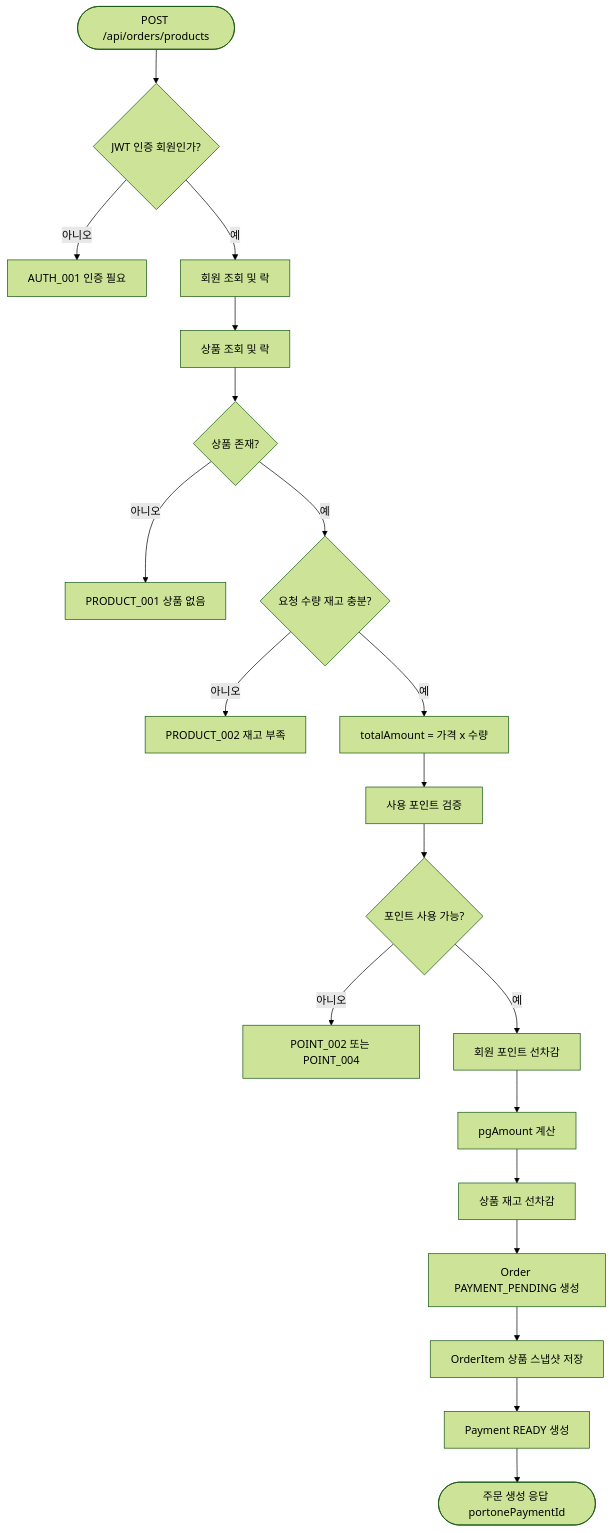
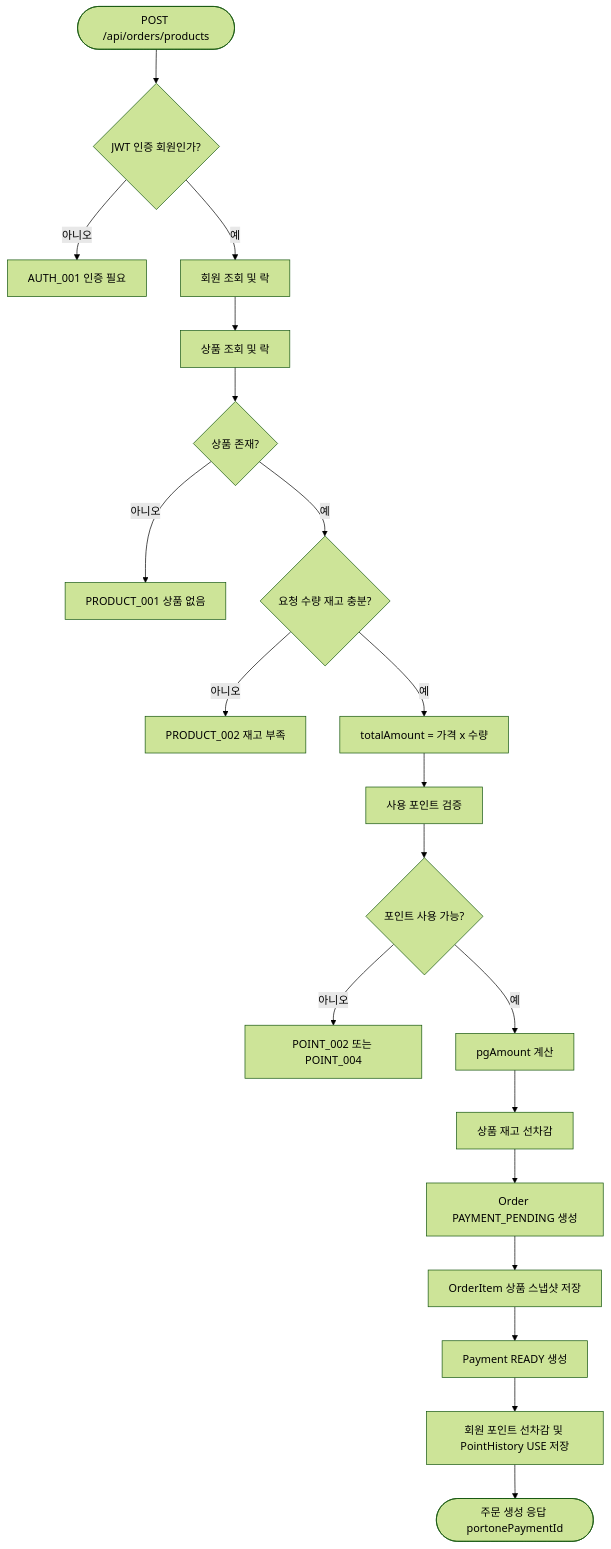
The fifth of 14 diagrams in docs/MERMAID_FLOW.md (hyeonseung-dev/payment-system), drawn with Mermaid (forest theme) before and after one commit. The commit also changed other lines of this file and 2 other files, not shown here.

Commit message:
feat : 통합테스트 구현 및 md 수정

````diff
--- a/docs/MERMAID_FLOW.md
+++ b/docs/MERMAID_FLOW.md
@@ -163,22 +163,22 @@
 ```mermaid
 flowchart TD
     A([POST /api/orders/products]) --> B{JWT 인증 회원인가?}
     B -->|아니오| B1[AUTH_001 인증 필요]
     B -->|예| C[회원 조회 및 락]
     C --> D[상품 조회 및 락]
     D --> E{상품 존재?}
     E -->|아니오| E1[PRODUCT_001 상품 없음]
     E -->|예| F{요청 수량 재고 충분?}
     F -->|아니오| F1[PRODUCT_002 재고 부족]
     F -->|예| G[totalAmount = 가격 x 수량]
     G --> H[사용 포인트 검증]
     H --> I{포인트 사용 가능?}
     I -->|아니오| I1[POINT_002 또는 POINT_004]
-    I -->|예| J[회원 포인트 선차감]
-    J --> K[pgAmount 계산]
-    K --> L[상품 재고 선차감]
-    L --> M[Order PAYMENT_PENDING 생성]
-    M --> N[OrderItem 상품 스냅샷 저장]
-    N --> O[Payment READY 생성]
+    I -->|예| J[pgAmount 계산]
+    J --> K[상품 재고 선차감]
+    K --> L[Order PAYMENT_PENDING 생성]
+    L --> M[OrderItem 상품 스냅샷 저장]
+    M --> N[Payment READY 생성]
+    N --> O[회원 포인트 선차감 및 PointHistory USE 저장]
     O --> P([주문 생성 응답 portonePaymentId])
 ```
````
